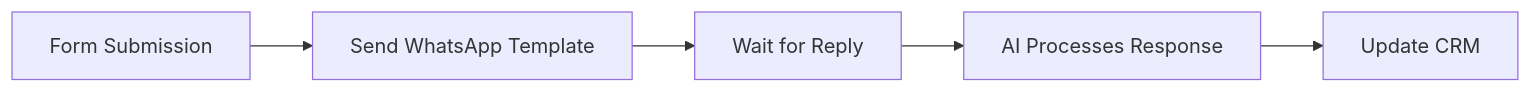
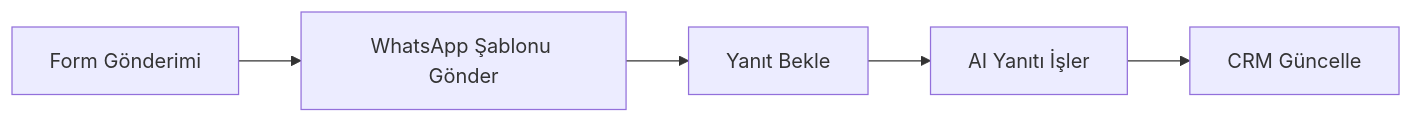
The second of 3 diagrams in tr/whatsapp/automation.mdx (whattalkai/docs_whattalk), drawn with Mermaid before and after one commit. The commit also changed other lines of this file and 1 other file, not shown here.

First line of the commit message:
Fully translate WhatsApp templates and automation pages to Turkish

````diff
--- a/tr/whatsapp/automation.mdx
+++ b/tr/whatsapp/automation.mdx
@@ -164,7 +164,7 @@
 ```mermaid
 flowchart LR
-    A[Form Submission] --> B[Send WhatsApp Template]
-    B --> C[Wait for Reply]
-    C --> D[AI Processes Response]
-    D --> E[Update CRM]
+    A[Form Gönderimi] --> B[WhatsApp Şablonu Gönder]
+    B --> C[Yanıt Bekle]
+    C --> D[AI Yanıtı İşler]
+    D --> E[CRM Güncelle]
 ```
````
